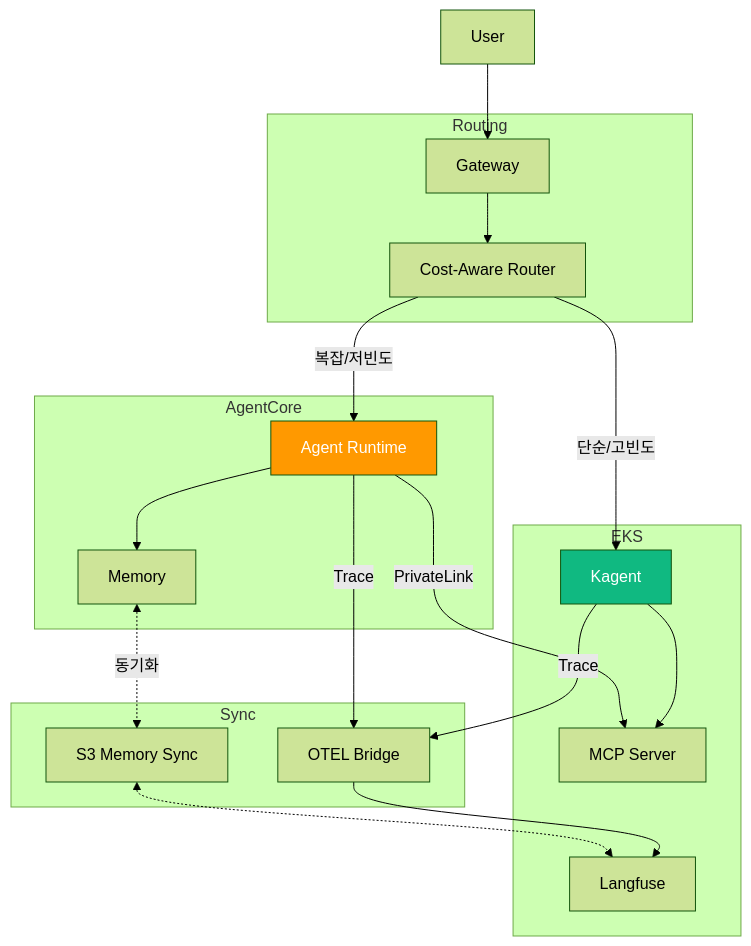
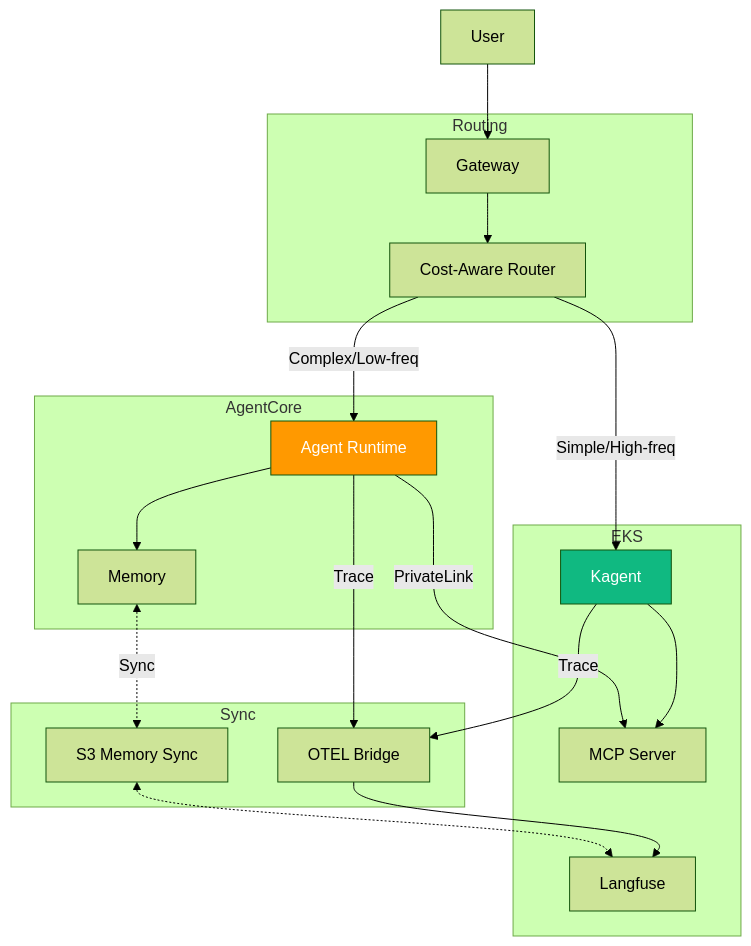
Before and after one commit to devfloor9/engineering-playbook: diagram 11 of 11 in i18n/en/docusaurus-plugin-content-docs/current/agentic-ai-platform/design-architecture/platform-selection/agentcore-hybrid-strategy.md, drawn with Mermaid (forest theme). The commit also changed other lines of this file and 72 other files, not shown here.

````diff
--- a/i18n/en/docusaurus-plugin-content-docs/current/agentic-ai-platform/design-architecture/platform-selection/agentcore-hybrid-strategy.md
+++ b/i18n/en/docusaurus-plugin-content-docs/current/agentic-ai-platform/design-architecture/platform-selection/agentcore-hybrid-strategy.md
@@ -817,44 +823,44 @@
 ```mermaid
 flowchart TD
     User["User"]
     
     subgraph Routing
         GW["Gateway"]
         Router["Cost-Aware Router"]
     end
     
     subgraph AgentCore
         AC_Agent["Agent Runtime"]
         AC_MEM["Memory"]
     end
     
     subgraph EKS
         EKS_Agent["Kagent"]
         LANGFUSE["Langfuse"]
         MCP["MCP Server"]
     end
     
     subgraph Sync
         S3["S3 Memory Sync"]
         BRIDGE["OTEL Bridge"]
     end
     
     User --> GW
     GW --> Router
-    Router -->|"복잡/저빈도"| AC_Agent
-    Router -->|"단순/고빈도"| EKS_Agent
+    Router -->|"Complex/Low-freq"| AC_Agent
+    Router -->|"Simple/High-freq"| EKS_Agent
     
     AC_Agent --> AC_MEM
-    AC_MEM <-.->|"동기화"| S3
+    AC_MEM <-.->|"Sync"| S3
     S3 <-.-> LANGFUSE
     
     AC_Agent -->|"PrivateLink"| MCP
     EKS_Agent --> MCP
     
     AC_Agent -->|"Trace"| BRIDGE
     EKS_Agent -->|"Trace"| BRIDGE
     BRIDGE --> LANGFUSE
     
     style AC_Agent fill:#ff9900,color:#fff
     style EKS_Agent fill:#10b981,color:#fff
 ```
````
